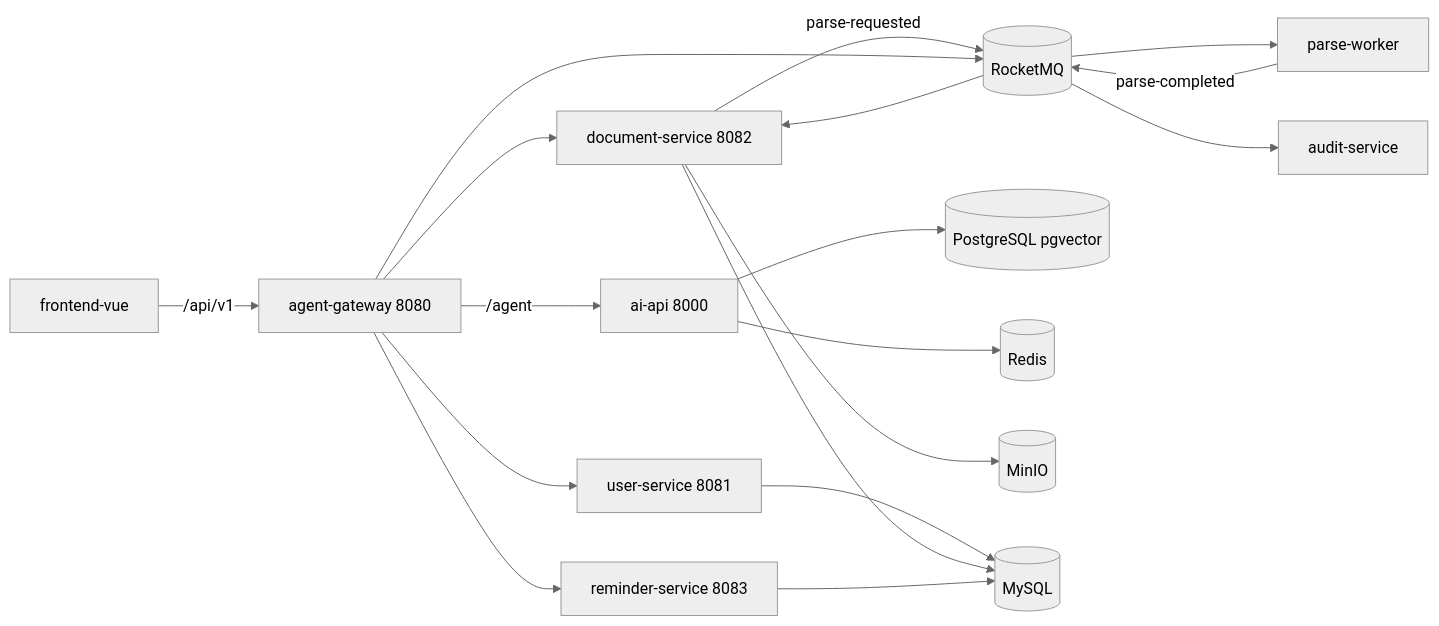
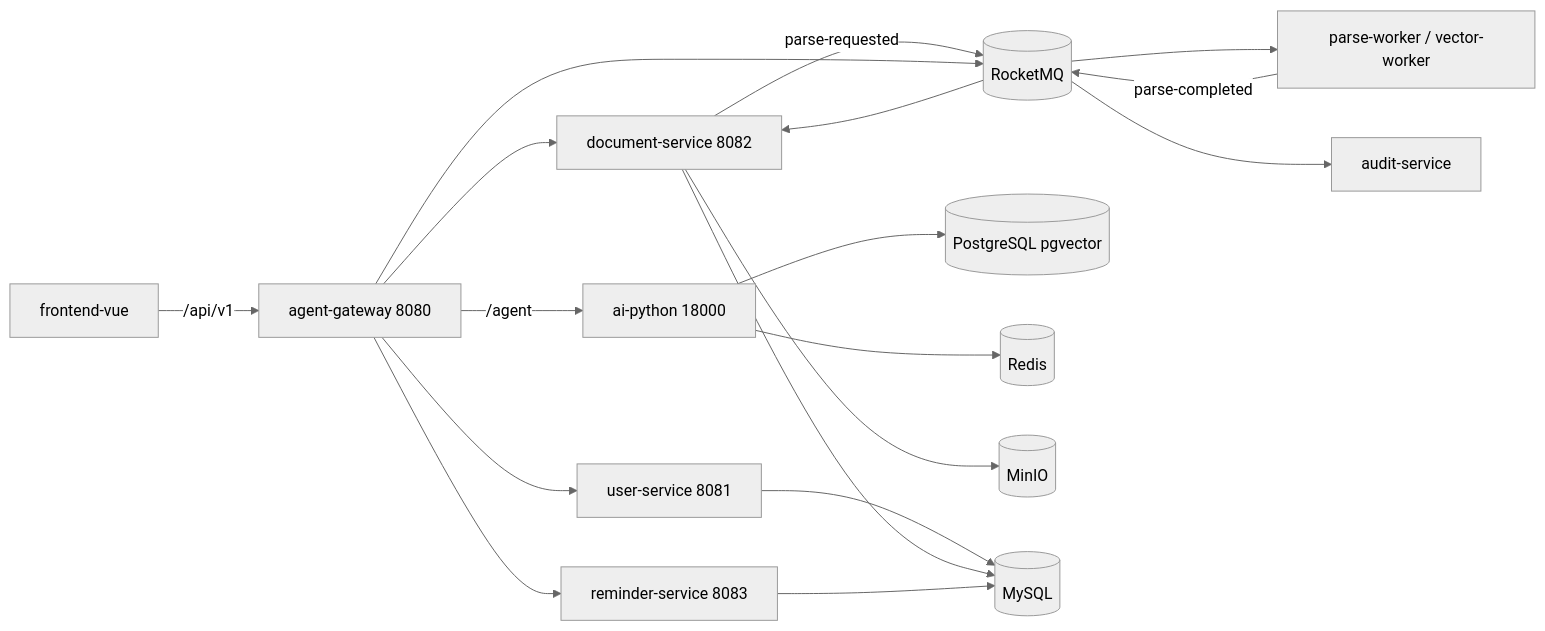
The diagram in README.md (ybw0405-study/DocQA), drawn with Mermaid (neutral theme) before and after one commit. The commit also changed other lines of this file and 184 other files, not shown here.

````diff
--- a/README.md
+++ b/README.md
@@ -81,20 +44,20 @@
 ```mermaid
 flowchart LR
     FE[frontend-vue] -->|/api/v1| GW[agent-gateway 8080]
     GW --> US[user-service 8081]
     GW --> DS[document-service 8082]
     GW --> RS[reminder-service 8083]
-    GW -->|/agent| AI[ai-api 8000]
+    GW -->|/agent| AI[ai-python 18000]
     DS -->|parse-requested| MQ[(RocketMQ)]
-    MQ --> PW[parse-worker]
+    MQ --> PW[parse-worker / vector-worker]
     PW -->|parse-completed| MQ
     MQ --> DS
     MQ --> AUD[audit-service]
     AI --> PG[(PostgreSQL pgvector)]
     AI --> REDIS[(Redis)]
     DS --> MINIO[(MinIO)]
     US --> MYSQL[(MySQL)]
     DS --> MYSQL
     RS --> MYSQL
     GW --> MQ
 ```
````
